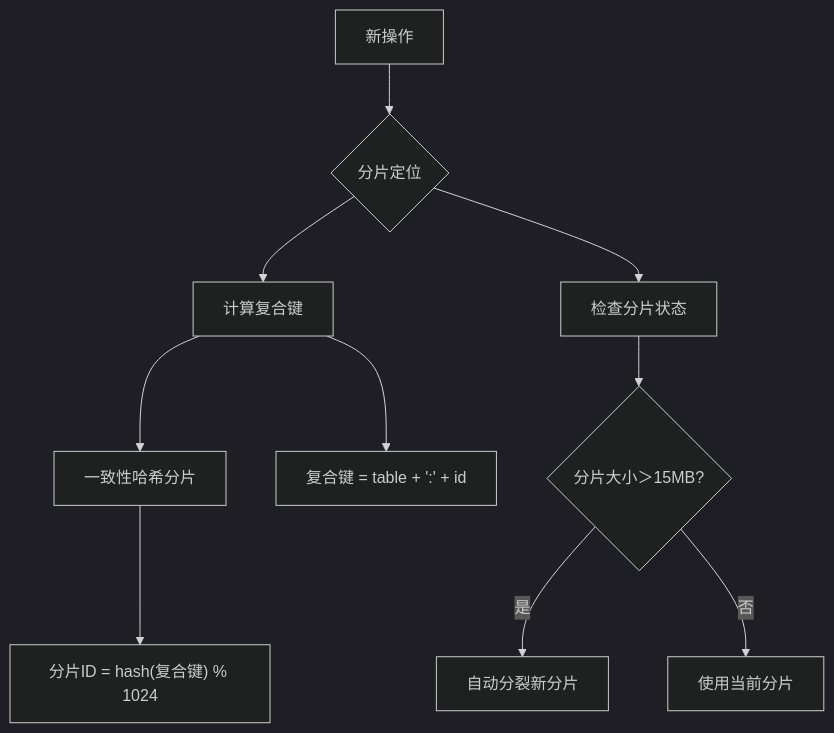
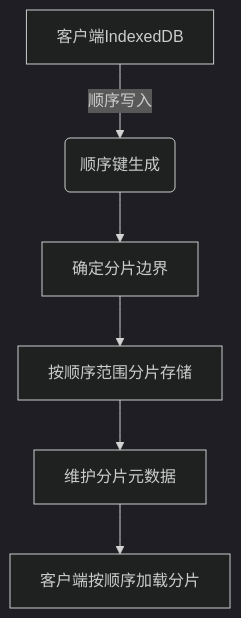
Before and after one commit to yingjianzh/iodraw-files: the diagram in all/未命名-24.md, drawn with Mermaid (dark theme).

Commit message:
2025-02-24 15:22:08 update

````diff
--- a/all/未命名-24.md
+++ b/all/未命名-24.md
@@ -1,14 +1,8 @@
 ```mermaid
 graph TD
-    A[新操作] --> B{分片定位}
-    B --> C[计算复合键]
-    C --> D[一致性哈希分片]
-    
-    C --> E["复合键 = table + ':' + id"]
-    D --> F["分片ID = hash(复合键) % 1024"]
-    
-    B --> G[检查分片状态]
-    G --> H{分片大小＞15MB?}
-    H -- 是 --> I[自动分裂新分片]
-    H -- 否 --> J[使用当前分片]
+    A[客户端IndexedDB] -->|顺序写入| B(顺序键生成)
+    B --> C[确定分片边界]
+    C --> D[按顺序范围分片存储]
+    D --> E[维护分片元数据]
+    E --> F[客户端按顺序加载分片]
 ```
````
